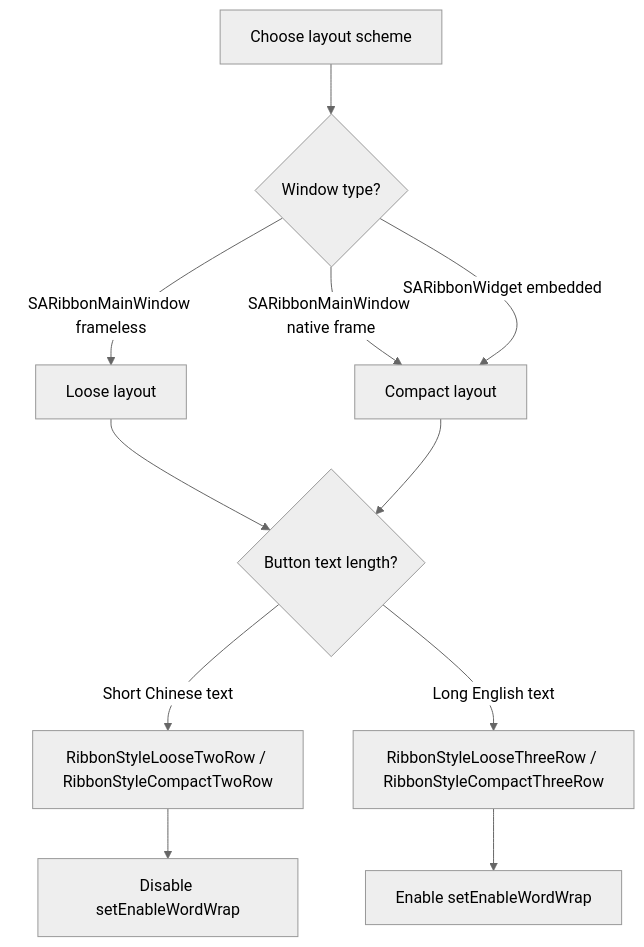
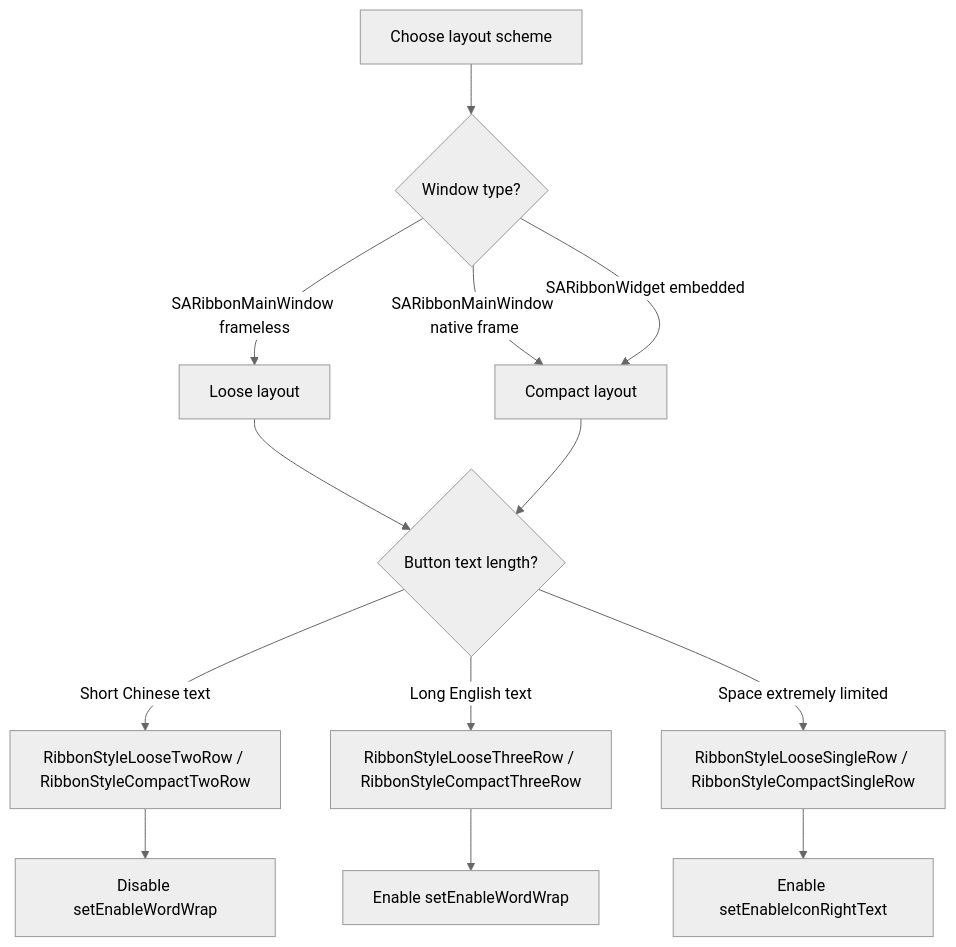
The diagram in docs/en/use-guide/layout-of-SARibbon.md (czyt1988/SARibbon), drawn with Mermaid (neutral theme) before and after one commit. The commit also changed other lines of this file and 15 other files, not shown here.

First line of the commit message:
docs: 更新文档以反映单行布局模式(SingleRow)的加入

````diff
--- a/docs/en/use-guide/layout-of-SARibbon.md
+++ b/docs/en/use-guide/layout-of-SARibbon.md
@@ -13,13 +14,15 @@
 ```mermaid
 flowchart TD
     A[Choose layout scheme] --> B{Window type?}
     B -->|SARibbonMainWindow frameless| C[Loose layout]
     B -->|SARibbonMainWindow native frame| D[Compact layout]
     B -->|SARibbonWidget embedded| D
     C --> E{Button text length?}
     D --> E
     E -->|Short Chinese text| F[RibbonStyleLooseTwoRow / RibbonStyleCompactTwoRow]
     E -->|Long English text| G[RibbonStyleLooseThreeRow / RibbonStyleCompactThreeRow]
+    E -->|Space extremely limited| J[RibbonStyleLooseSingleRow / RibbonStyleCompactSingleRow]
     G --> H[Enable setEnableWordWrap]
     F --> I[Disable setEnableWordWrap]
+    J --> K[Enable setEnableIconRightText]
 ```
````
